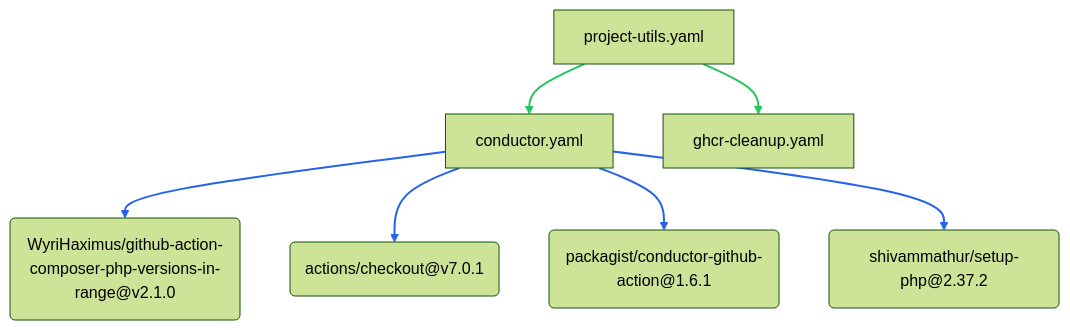
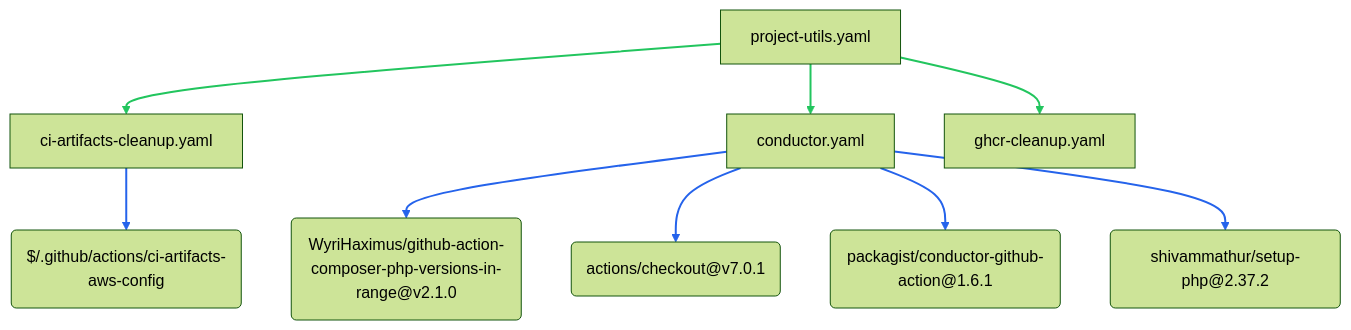
The sixth of 6 diagrams in README.md (WyriHaximus/github-workflows), drawn with Mermaid (forest theme) before and after one commit. The commit also changed other lines of this file and 17 other files, not shown here.

````diff
--- a/README.md
+++ b/README.md
@@ -871,18 +916,21 @@
 ```mermaid
 flowchart TB
-  project_utils_conductor["conductor.yaml"] --> project_utils_a0("WyriHaximus/github-action-composer-php-versions-in-range@v2.1.0")
-  project_utils_conductor["conductor.yaml"] --> project_utils_a1("actions/checkout@v7.0.1")
-  project_utils_conductor["conductor.yaml"] --> project_utils_a2("packagist/conductor-github-action@1.6.1")
-  project_utils_conductor["conductor.yaml"] --> project_utils_a3("shivammathur/setup-php@2.37.2")
+  project_utils_ci_artifacts_cleanup["ci-artifacts-cleanup.yaml"] --> project_utils_a0("$/.github/actions/ci-artifacts-aws-config")
+  project_utils_conductor["conductor.yaml"] --> project_utils_a1("WyriHaximus/github-action-composer-php-versions-in-range@v2.1.0")
+  project_utils_conductor["conductor.yaml"] --> project_utils_a2("actions/checkout@v7.0.1")
+  project_utils_conductor["conductor.yaml"] --> project_utils_a3("packagist/conductor-github-action@1.6.1")
+  project_utils_conductor["conductor.yaml"] --> project_utils_a4("shivammathur/setup-php@2.37.2")
+  project_utils_project_utils["project-utils.yaml"] --> project_utils_ci_artifacts_cleanup["ci-artifacts-cleanup.yaml"]
   project_utils_project_utils["project-utils.yaml"] --> project_utils_conductor["conductor.yaml"]
   project_utils_project_utils["project-utils.yaml"] --> project_utils_ghcr_cleanup["ghcr-cleanup.yaml"]
-  linkStyle 4,5 stroke:#22c55e,stroke-width:2px
-  linkStyle 0,1,2,3 stroke:#2563eb,stroke-width:2px
-  click project_utils_a0 "https://github.com/WyriHaximus/github-action-composer-php-versions-in-range/releases/tag/v2.1.0" _blank
-  click project_utils_a1 "https://github.com/actions/checkout/releases/tag/v7.0.1" _blank
-  click project_utils_a2 "https://github.com/packagist/conductor-github-action/releases/tag/1.6.1" _blank
-  click project_utils_a3 "https://github.com/shivammathur/setup-php/releases/tag/2.37.2" _blank
+  linkStyle 5,6,7 stroke:#22c55e,stroke-width:2px
+  linkStyle 0,1,2,3,4 stroke:#2563eb,stroke-width:2px
+  click project_utils_a1 "https://github.com/WyriHaximus/github-action-composer-php-versions-in-range/releases/tag/v2.1.0" _blank
+  click project_utils_a2 "https://github.com/actions/checkout/releases/tag/v7.0.1" _blank
+  click project_utils_a3 "https://github.com/packagist/conductor-github-action/releases/tag/1.6.1" _blank
+  click project_utils_a4 "https://github.com/shivammathur/setup-php/releases/tag/2.37.2" _blank
+  click project_utils_ci_artifacts_cleanup "https://github.com/WyriHaximus/github-workflows/blob/main/.github/workflows/ci-artifacts-cleanup.yaml" _blank
   click project_utils_conductor "https://github.com/WyriHaximus/github-workflows/blob/main/.github/workflows/conductor.yaml" _blank
   click project_utils_ghcr_cleanup "https://github.com/WyriHaximus/github-workflows/blob/main/.github/workflows/ghcr-cleanup.yaml" _blank
   click project_utils_project_utils "https://github.com/WyriHaximus/github-workflows/blob/main/.github/workflows/project-utils.yaml" _blank
 ```
````
